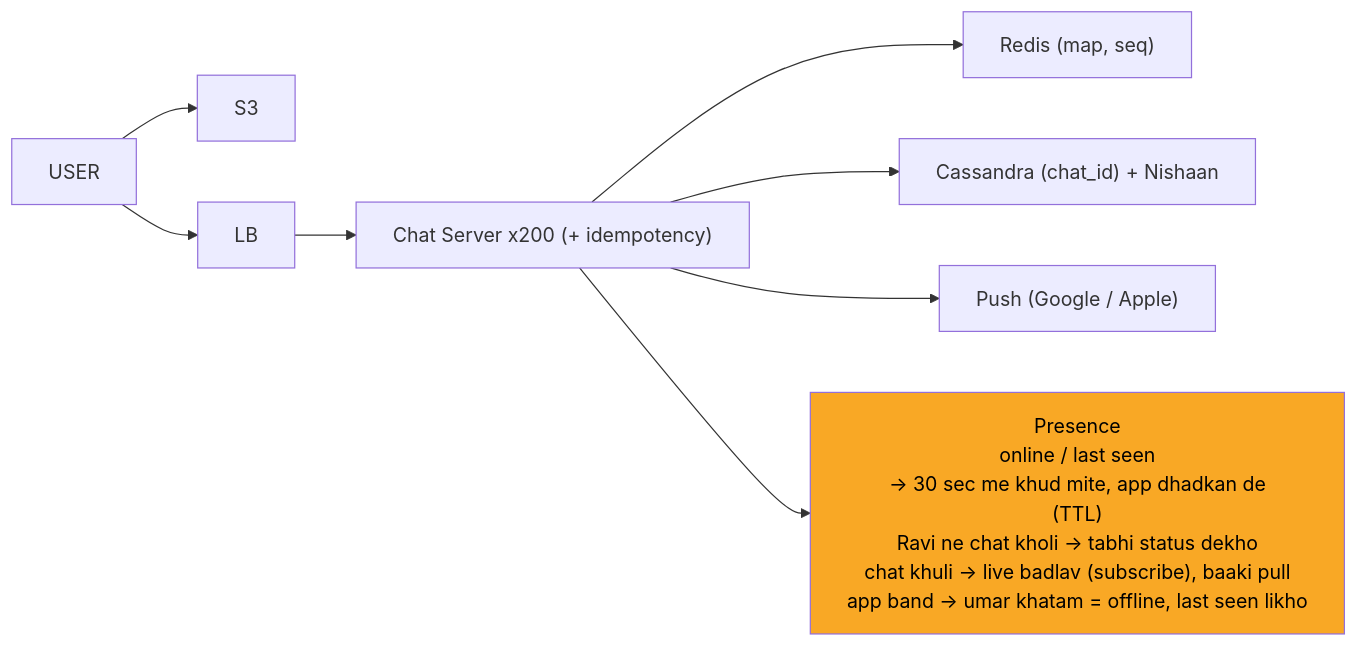
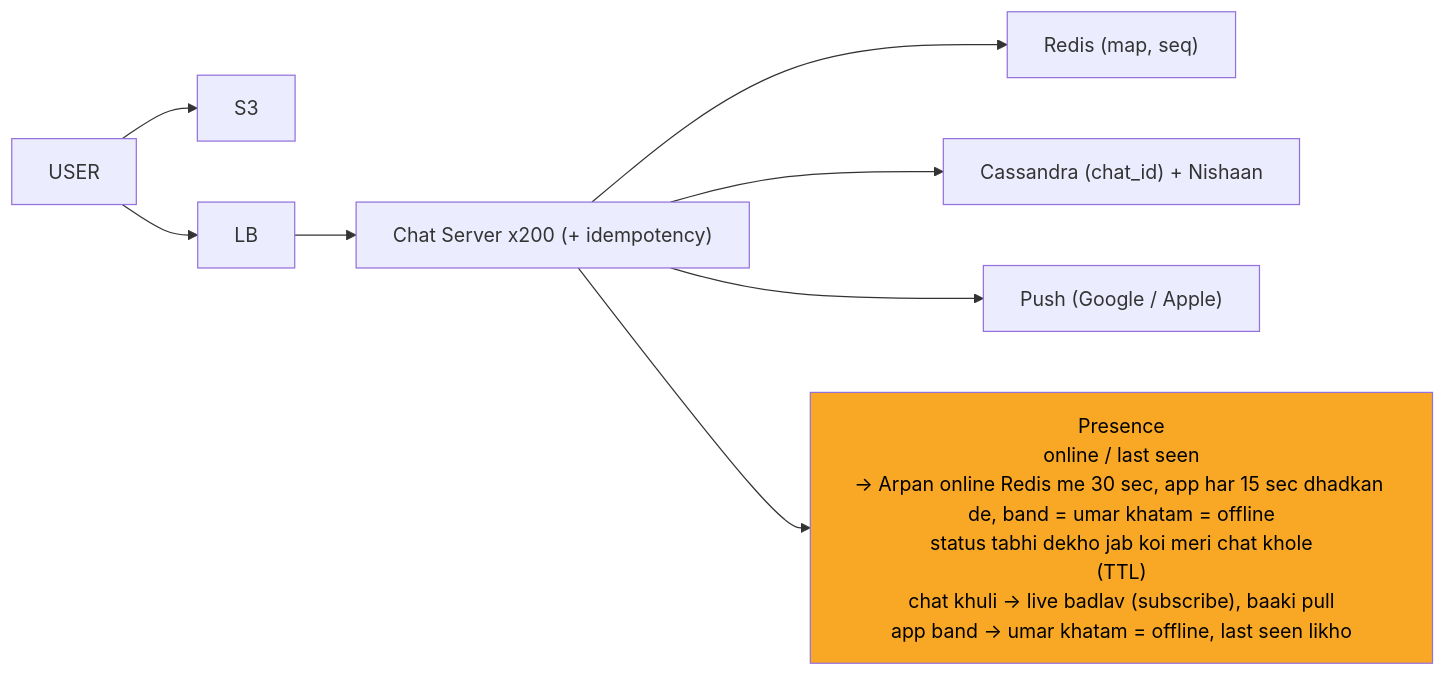
Before and after one commit to ArpanMaheshwari144/Prep: diagram 11 of 12 in 04_HLD/SYSTEM_DESIGNS/14_chat_messaging/14_chat_messaging.md, drawn with Mermaid. The commit also changed other lines of this file and 13 other files, not shown here.

````diff
--- a/04_HLD/SYSTEM_DESIGNS/14_chat_messaging/14_chat_messaging.md
+++ b/04_HLD/SYSTEM_DESIGNS/14_chat_messaging/14_chat_messaging.md
@@ -473,20 +475,20 @@
 ```mermaid
 %%{init: {"flowchart": {"wrappingWidth": 450}}}%%
 flowchart LR
     n_S3["S3"]
     n_U["USER"]
     n_LB["LB"]
     n_CS["Chat Server x200 (+ idempotency)"]
     n_R["Redis (map, seq)"]
     n_CA["Cassandra (chat_id) + Nishaan"]
     n_P["Push (Google / Apple)"]
-    n_PR["Presence<br/>online / last seen<br/>-> 30 sec me khud mite, app dhadkan de<br/>(TTL)<br/>Ravi ne chat kholi -> tabhi status dekho<br/>chat khuli -> live badlav (subscribe), baaki pull<br/>app band -> umar khatam = offline, last seen likho"]
+    n_PR["Presence<br/>online / last seen<br/>-> Arpan online Redis me 30 sec, app har 15 sec dhadkan de, band = umar khatam = offline<br/>status tabhi dekho jab koi meri chat khole<br/>(TTL)<br/>chat khuli -> live badlav (subscribe), baaki pull<br/>app band -> umar khatam = offline, last seen likho"]
     n_U --> n_S3
     n_U --> n_LB
     n_LB --> n_CS
     n_CS --> n_R
     n_CS --> n_CA
     n_CS --> n_P
     n_CS --> n_PR
     style n_PR fill:#f9a825,color:#000
 ```
````
